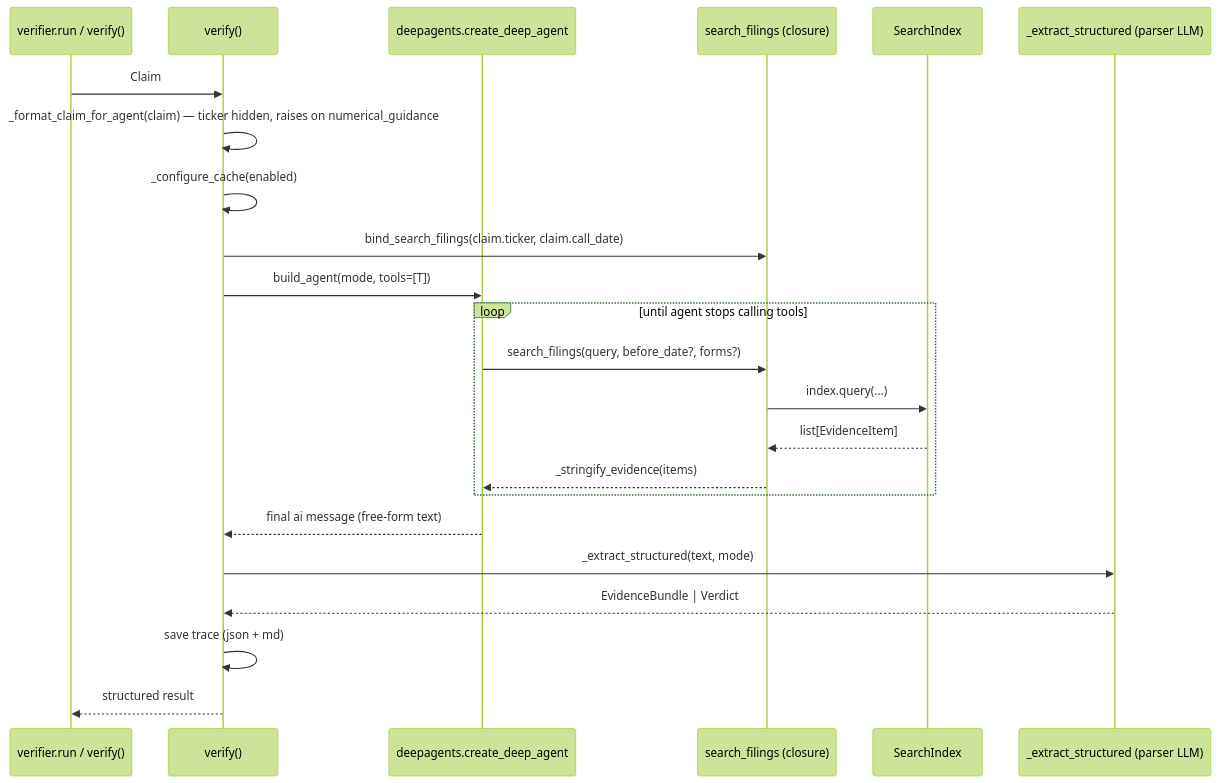
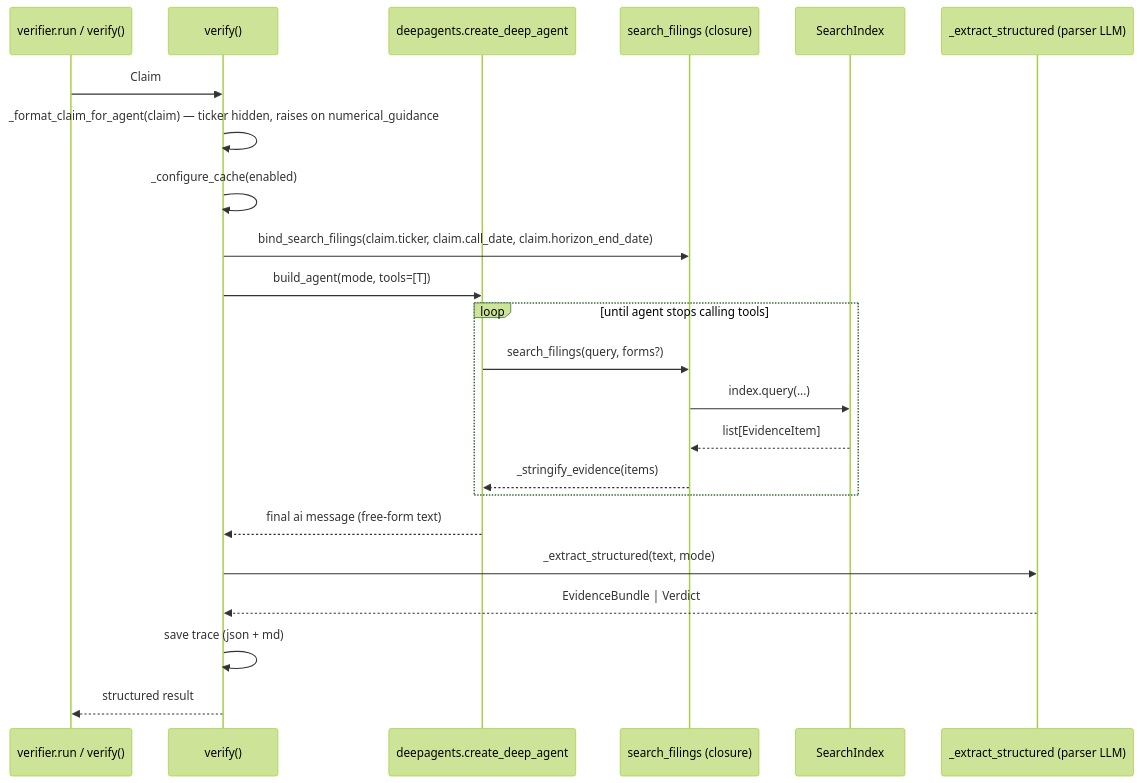
Before and after one commit to thomashillenbrand/finm-33200-group7: the sixth of 8 diagrams in docs/architecture.md, drawn with Mermaid (forest theme). The commit also changed other lines of this file and 9 other files, not shown here.

First line of the commit message:
bound filing search by claim horizon via reportDate

````diff
--- a/docs/architecture.md
+++ b/docs/architecture.md
@@ -372,26 +380,26 @@
 ```mermaid
 sequenceDiagram
     participant CLI as verifier.run / verify()
     participant V as verify()
     participant A as deepagents.create_deep_agent
     participant T as search_filings (closure)
     participant I as SearchIndex
     participant P as _extract_structured (parser LLM)
 
     CLI->>V: Claim
     V->>V: _format_claim_for_agent(claim) — ticker hidden, raises on numerical_guidance
     V->>V: _configure_cache(enabled)
-    V->>T: bind_search_filings(claim.ticker, claim.call_date)
+    V->>T: bind_search_filings(claim.ticker, claim.call_date, claim.horizon_end_date)
     V->>A: build_agent(mode, tools=[T])
     loop until agent stops calling tools
-        A->>T: search_filings(query, before_date?, forms?)
+        A->>T: search_filings(query, forms?)
         T->>I: index.query(...)
         I-->>T: list[EvidenceItem]
         T-->>A: _stringify_evidence(items)
     end
     A-->>V: final ai message (free-form text)
     V->>P: _extract_structured(text, mode)
     P-->>V: EvidenceBundle | Verdict
     V->>V: save trace (json + md)
     V-->>CLI: structured result
 ```
````
